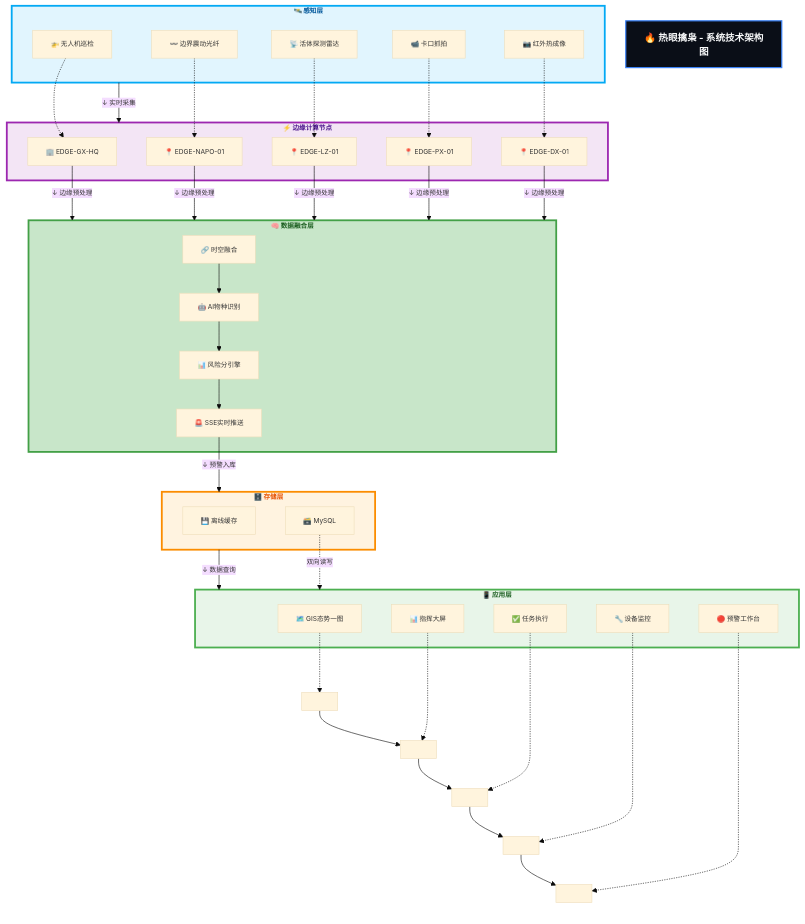
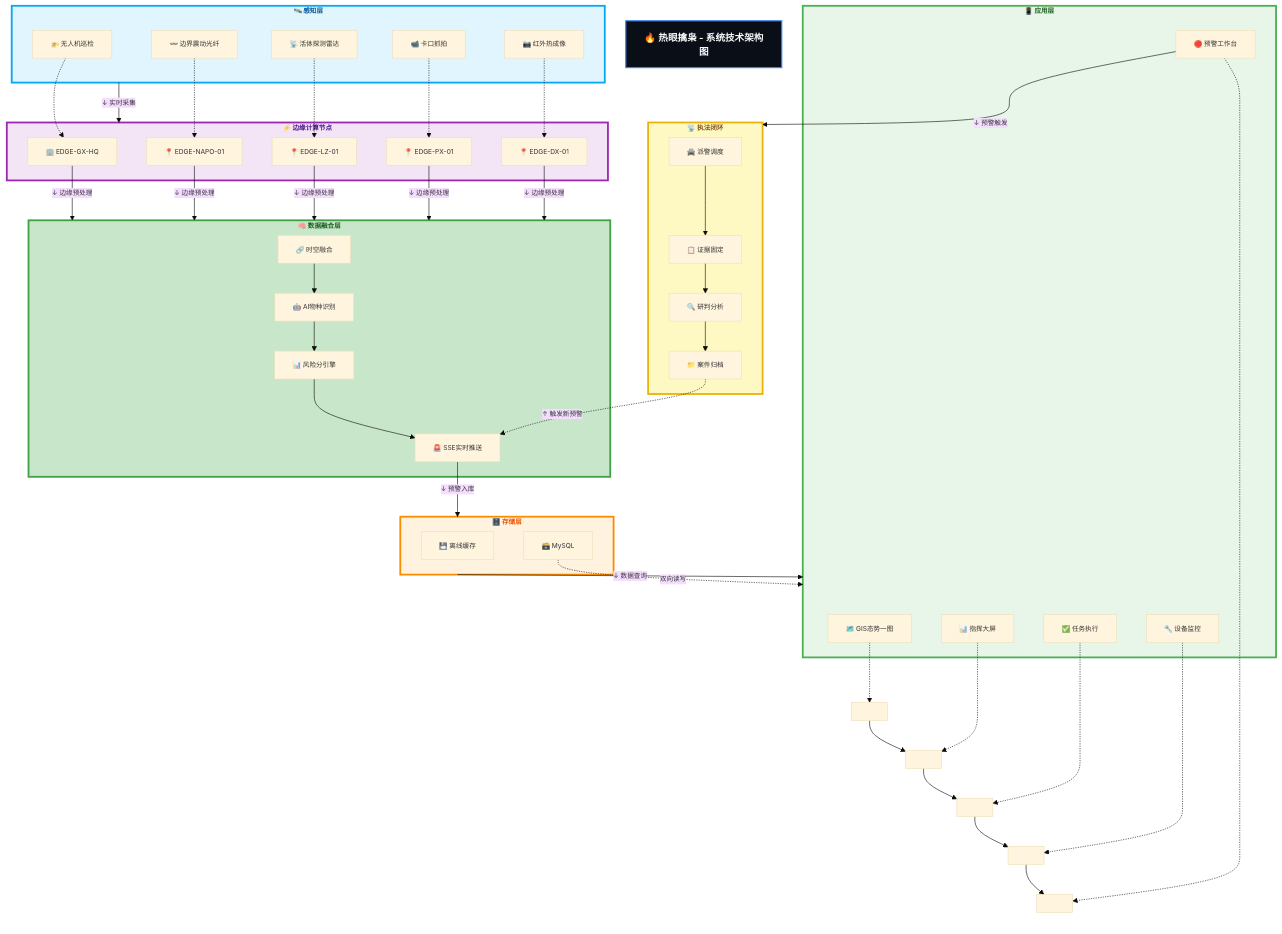
The second of 2 diagrams in architecture/README.md (ppqqmeimei-create/reyanqinxiao), drawn with Mermaid before and after one commit.

Commit message:
feat: 系统技术架构图增加执法闭环层
Made-with: Cursor

```diff
--- a/architecture/README.md
+++ b/architecture/README.md
@@ -171,6 +171,13 @@
         WARN["🔴 预警工作台"]
     end
 
+    subgraph ENFORCE[<b>📡 执法闭环</b>]
+        DISPATCH["🚔 派警调度"]
+        EVIDENCE["📋 证据固定"]
+        ANALYSIS["🔍 研判分析"]
+        ARCHIVE["📁 案件归档"]
+    end
+
     SENSING -->|"↓ 实时采集"| EDGE
     DRONE -.-> HQ
     FIBER -.-> NAPO
@@ -184,6 +191,11 @@
     STORAGE -->|"↓ 数据查询"| APP
     MYSQL -.->|"双向读写"| APP
 
+    WARN -->|"↓ 预警触发"| ENFORCE
+    DISPATCH --> EVIDENCE --> ANALYSIS --> ARCHIVE
+    ARCHIVE -.->|"↑ 触发新预警"| SSE
+
+    classDef ENFORCE fill:#fef9c3,stroke:#eab308,stroke-width:3px,color:#854d0e
     classDef SENSING fill:#e1f5fe,stroke:#03a9f4,stroke-width:3px,color:#01579b
     classDef EDGE fill:#f3e5f5,stroke:#9c27b0,stroke-width:3px,color:#4a148c
     classDef FUSION fill:#c8e6c9,stroke:#43a047,stroke-width:3px,color:#1b5e20
@@ -196,6 +208,7 @@
     class FUSION FUSION
     class STORAGE STORAGE
     class APP APP
+    class ENFORCE ENFORCE
     class TITLE TITLE
 
     subgraph __spacer[ ]
```
